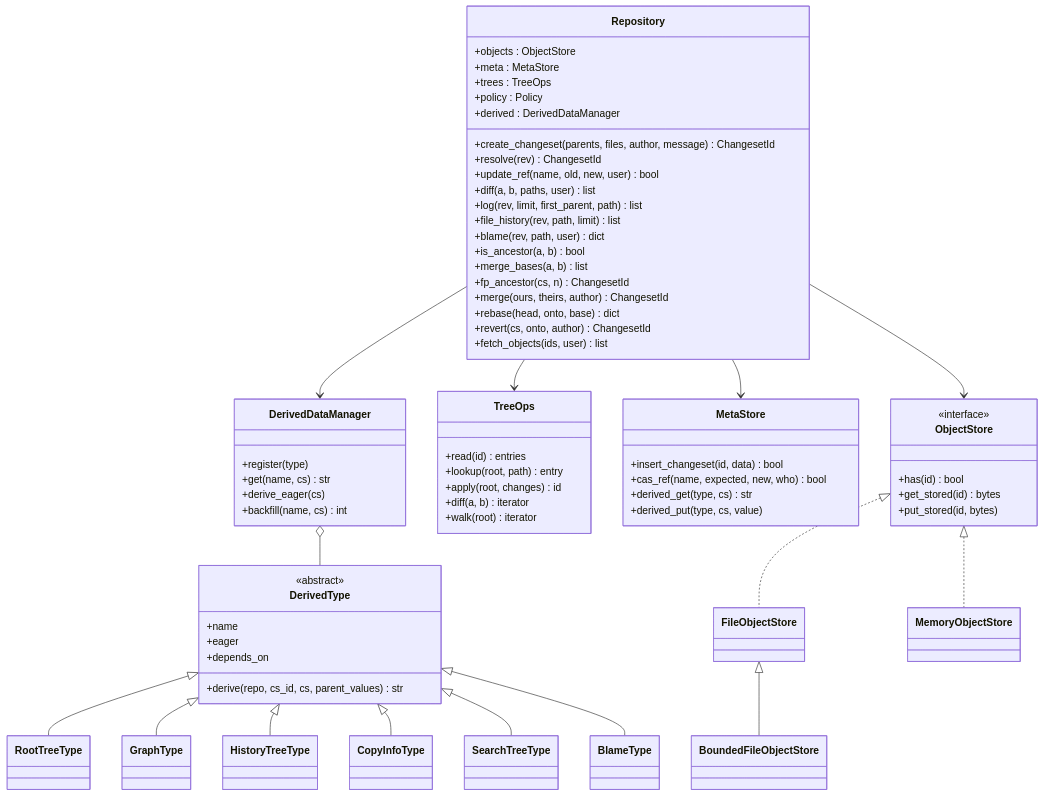
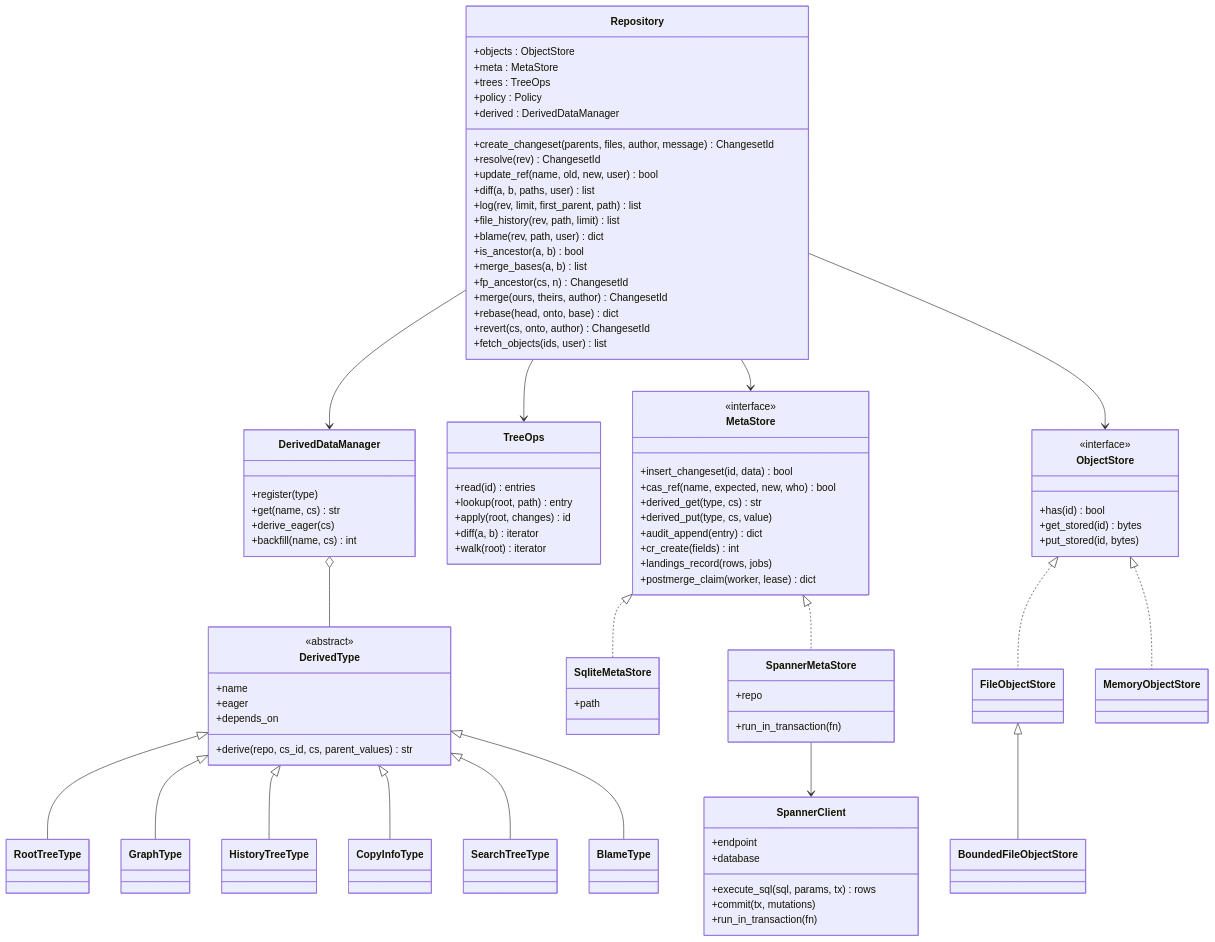
One commit to Space-Trucker/AIresume changed the fifth of 28 diagrams in scion/docs/design/06-uml.md. Above: the diagram before and after it, drawn with Mermaid. The commit also changed other lines of this file and 14 other files, not shown here.

```diff
--- a/scion/docs/design/06-uml.md
+++ b/scion/docs/design/06-uml.md
@@ -344,10 +351,29 @@
     +walk(root) iterator
   }
   class MetaStore {
+    <<interface>>
     +insert_changeset(id, data) bool
     +cas_ref(name, expected, new, who) bool
     +derived_get(type, cs) str
     +derived_put(type, cs, value)
+    +audit_append(entry) dict
+    +cr_create(fields) int
+    +landings_record(rows, jobs)
+    +postmerge_claim(worker, lease) dict
+  }
+  class SqliteMetaStore {
+    +path
+  }
+  class SpannerMetaStore {
+    +repo
+    +run_in_transaction(fn)
+  }
+  class SpannerClient {
+    +endpoint
+    +database
+    +execute_sql(sql, params, tx) rows
+    +commit(tx, mutations)
+    +run_in_transaction(fn)
   }
   class ObjectStore {
     <<interface>>
@@ -361,6 +387,9 @@
   Repository --> DerivedDataManager
   Repository --> TreeOps
   Repository --> MetaStore
+  MetaStore <|.. SqliteMetaStore
+  MetaStore <|.. SpannerMetaStore
+  SpannerMetaStore --> SpannerClient
   Repository --> ObjectStore
   DerivedDataManager o-- DerivedType
   DerivedType <|-- RootTreeType
```
